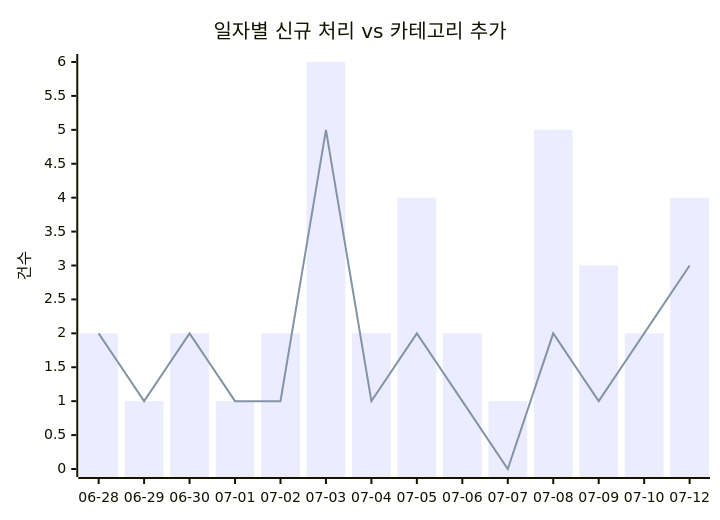
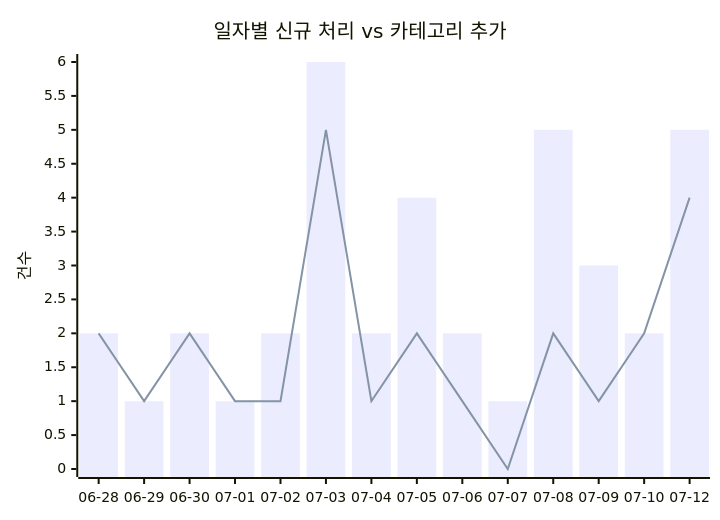
One commit to J-nowcow/awesome-korean-agent-skills changed the first of 2 diagrams in docs/trends.md. Above: the diagram before and after it, drawn with Mermaid. The commit also changed other lines of this file and 3 other files, not shown here.

````diff
--- a/docs/trends.md
+++ b/docs/trends.md
@@ -32,8 +32,8 @@
 ```mermaid
 xychart-beta
     title "일자별 신규 처리 vs 카테고리 추가"
     x-axis ["06-28","06-29","06-30","07-01","07-02","07-03","07-04","07-05","07-06","07-07","07-08","07-09","07-10","07-12"]
     y-axis "건수"
-    bar [2,1,2,1,2,6,2,4,2,1,5,3,2,4]
-    line [2,1,2,1,1,5,1,2,1,0,2,1,2,3]
+    bar [2,1,2,1,2,6,2,4,2,1,5,3,2,5]
+    line [2,1,2,1,1,5,1,2,1,0,2,1,2,4]
 ```
````
